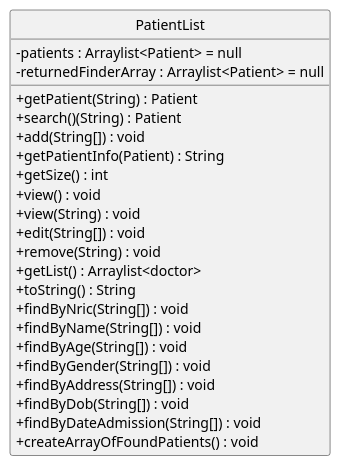
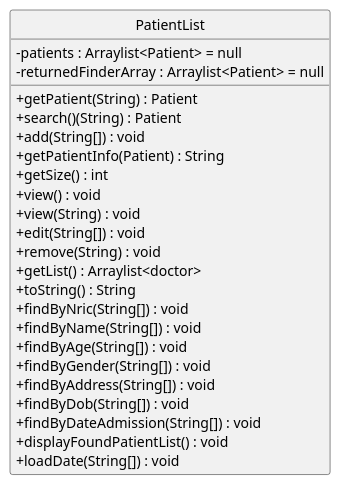
The diagram in docs/diagrams/PatientList.puml (nus-cs2113-AY2122S2/tp), drawn with PlantUML before and after one commit. The commit also changed 5 other files, not shown here.

Commit message:
Update pt ptList appt apptList UML Diag to reflect new methods added

```diff
--- a/docs/diagrams/PatientList.puml
+++ b/docs/diagrams/PatientList.puml
@@ -1,28 +1,29 @@
 @startuml
 hide circle
 skinparam classAttributeIconSize 0
 class PatientList {
 -patients : Arraylist<Patient> = null
 -returnedFinderArray : Arraylist<Patient> = null
 +getPatient(String) : Patient
 +search()(String) : Patient
 +add(String[]) : void
 +getPatientInfo(Patient) : String
 +getSize() : int
 +view() : void
 +view(String) : void
 +edit(String[]) : void
 +remove(String) : void
 +getList() : Arraylist<doctor>
 +toString() : String
 +findByNric(String[]) : void
 +findByName(String[]) : void
 +findByAge(String[]) : void
 +findByGender(String[]) : void
 +findByAddress(String[]) : void
 +findByDob(String[]) : void
 +findByDateAdmission(String[]) : void
-+createArrayOfFoundPatients() : void
++displayFoundPatientList() : void
++loadDate(String[]) : void
 }
 
 @enduml
```
